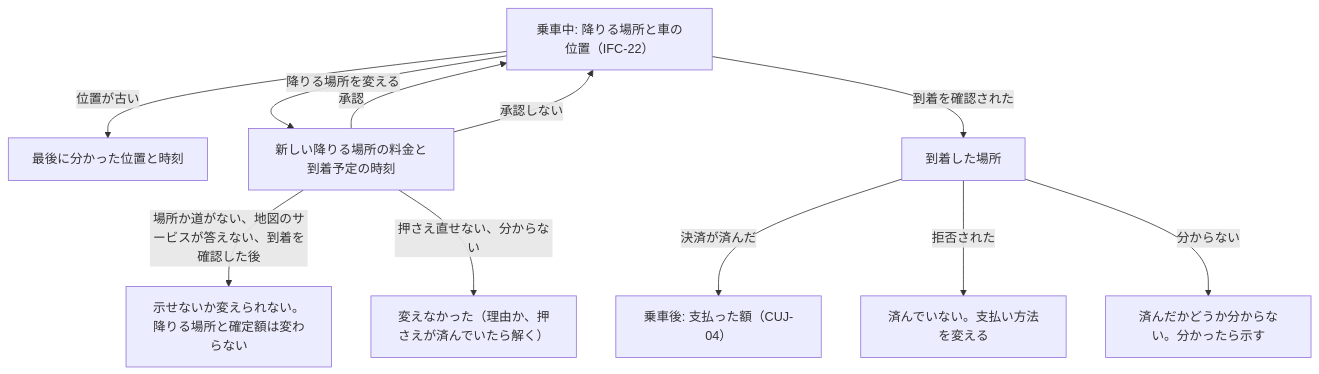
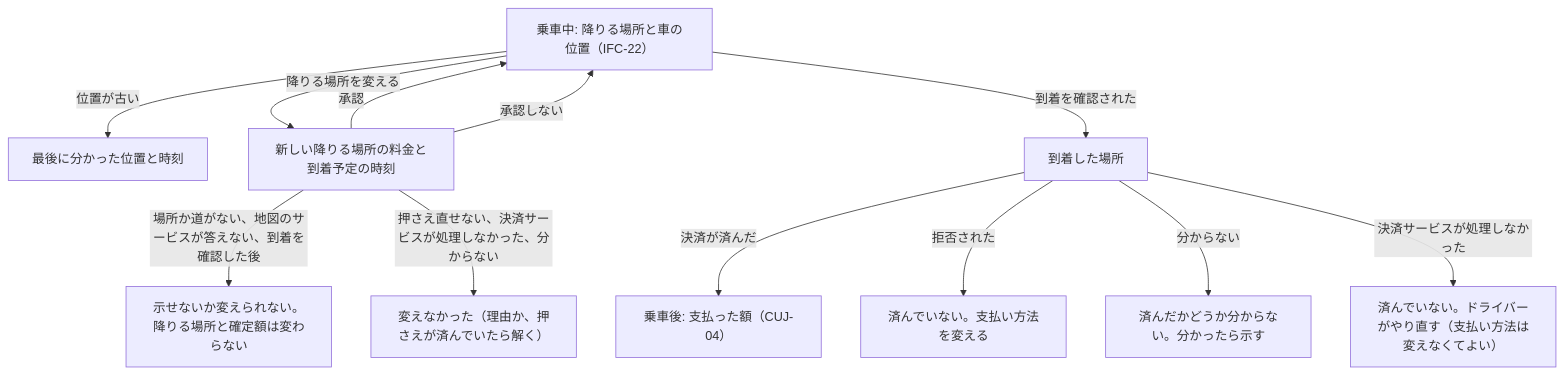
Before and after one commit to Taro000/ride-hailing-app-demo: diagram 35 of 57 in docs/design/3-high-level-design.md, drawn with Mermaid. The commit also changed other lines of this file and 27 other files, not shown here.

````diff
--- a/docs/design/3-high-level-design.md
+++ b/docs/design/3-high-level-design.md
@@ -1370,13 +1411,14 @@
 ```mermaid
 flowchart TD
   riding["乗車中: 降りる場所と車の位置（IFC-22）"] -->|位置が古い| lastpos["最後に分かった位置と時刻"]
   riding -->|降りる場所を変える| change["新しい降りる場所の料金と到着予定の時刻"]
   change -->|承認| riding
   change -->|承認しない| riding
   change -->|場所か道がない、地図のサービスが答えない、到着を確認した後| nochange["示せないか変えられない。降りる場所と確定額は変わらない"]
-  change -->|押さえ直せない、分からない| nohold["変えなかった（理由か、押さえが済んでいたら解く）"]
+  change -->|押さえ直せない、決済サービスが処理しなかった、分からない| nohold["変えなかった（理由か、押さえが済んでいたら解く）"]
   riding -->|到着を確認された| arrived["到着した場所"]
   arrived -->|決済が済んだ| after["乗車後: 支払った額（CUJ-04）"]
   arrived -->|拒否された| retry["済んでいない。支払い方法を変える"]
   arrived -->|分からない| pending["済んだかどうか分からない。分かったら示す"]
+  arrived -->|決済サービスが処理しなかった| notprocessed["済んでいない。ドライバーがやり直す（支払い方法は変えなくてよい）"]
 ```
````
